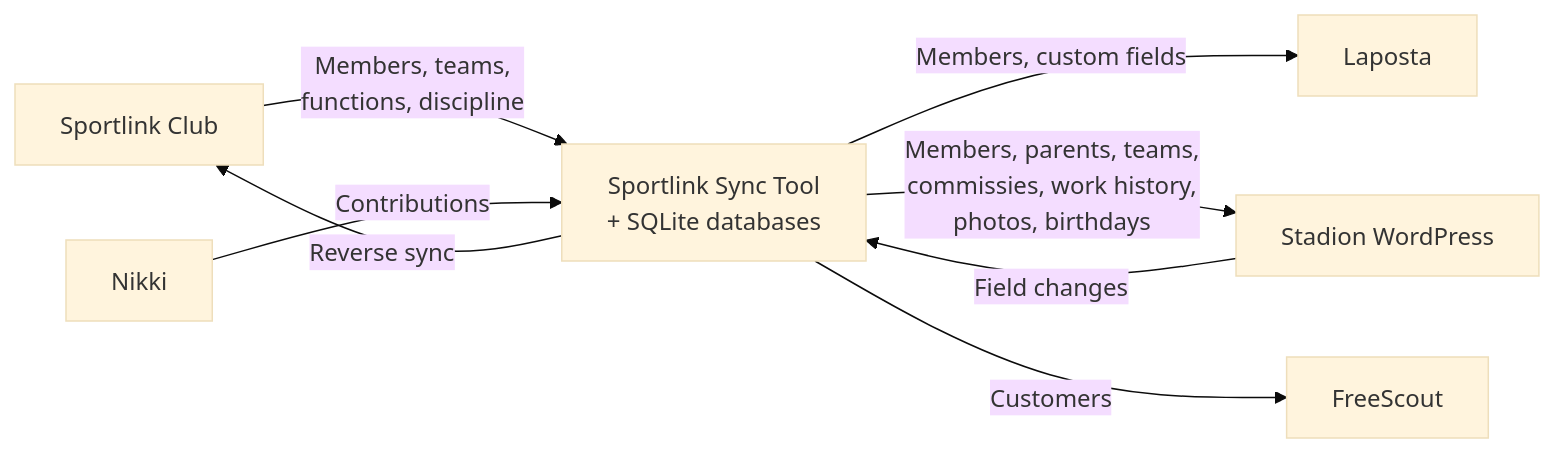
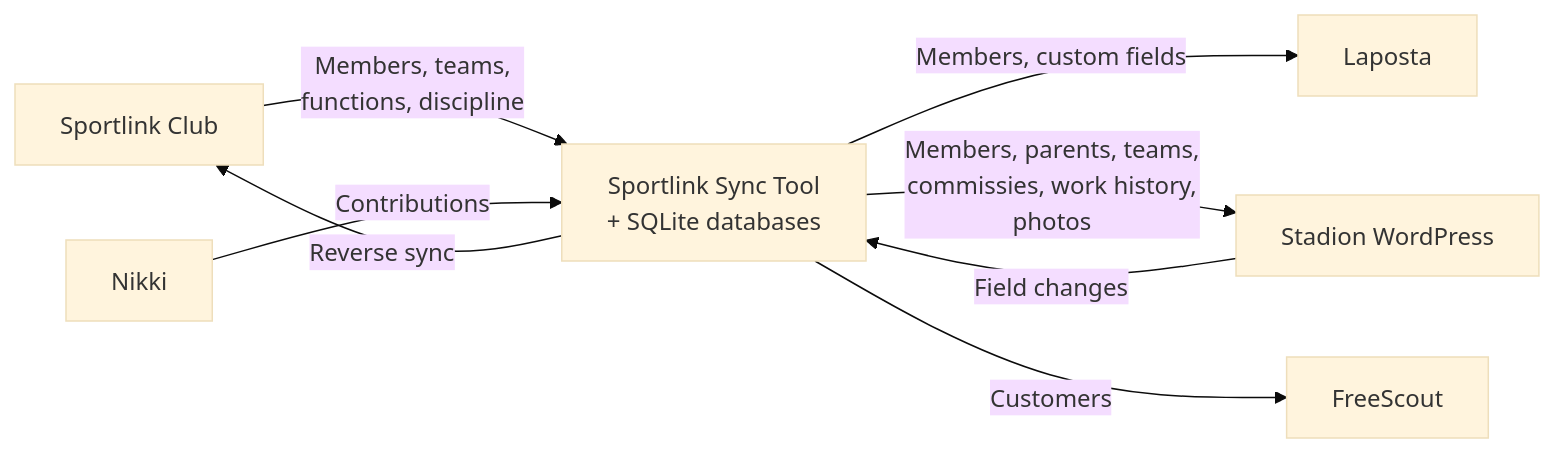
The diagram in README.md (jdevalk/sportlink-sync), drawn with Mermaid (base theme) before and after one commit. The commit also changed other lines of this file and 9 other files, not shown here.

````diff
--- a/README.md
+++ b/README.md
@@ -9,17 +9,17 @@
 ```mermaid
 graph LR
     SL[Sportlink Club]
     NK[Nikki]
     SYNC[Sportlink Sync Tool<br>+ SQLite databases]
     ST[Stadion WordPress]
     LP[Laposta]
     FS[FreeScout]
 
     SL -->|Members, teams,<br>functions, discipline| SYNC
     NK -->|Contributions| SYNC
     SYNC -->|Members, custom fields| LP
-    SYNC -->|Members, parents, teams,<br>commissies, work history,<br>photos, birthdays| ST
+    SYNC -->|Members, parents, teams,<br>commissies, work history,<br>photos| ST
     SYNC -->|Customers| FS
     ST -->|Field changes| SYNC
     SYNC -->|Reverse sync| SL
 ```
````
